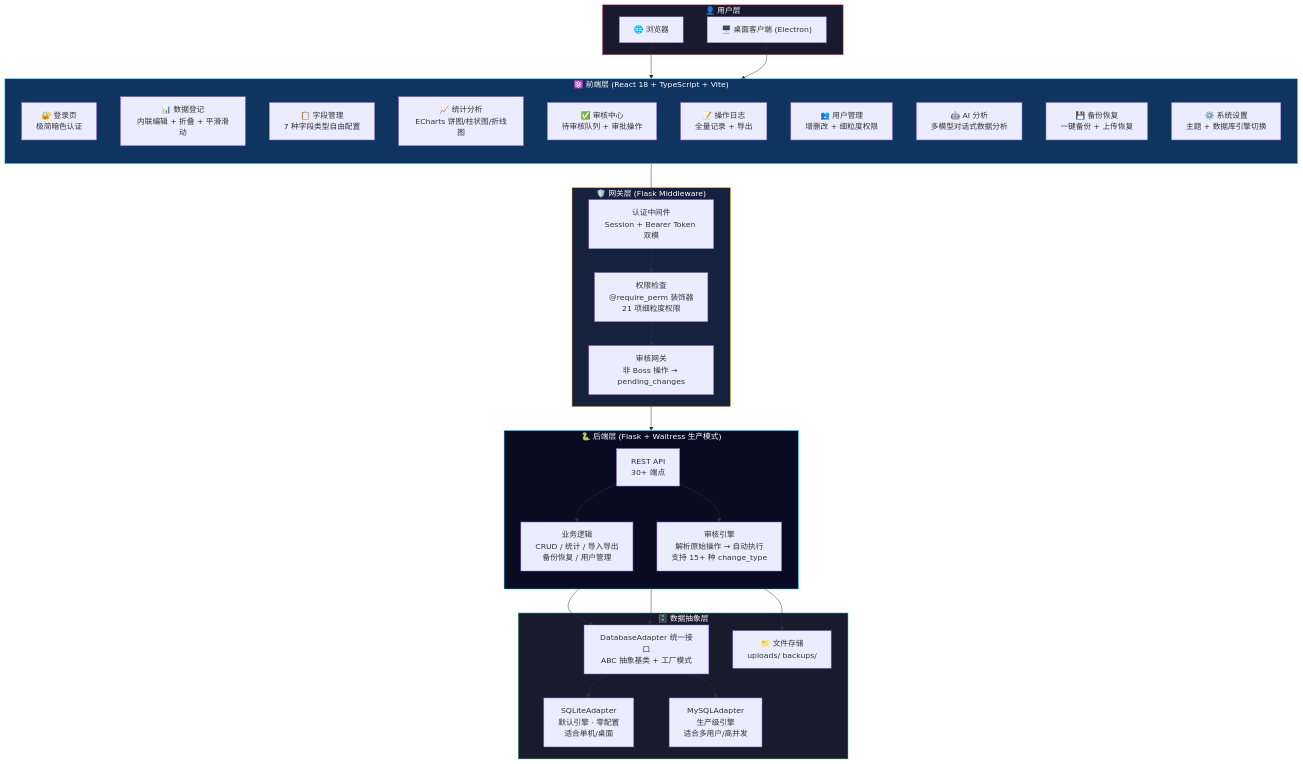
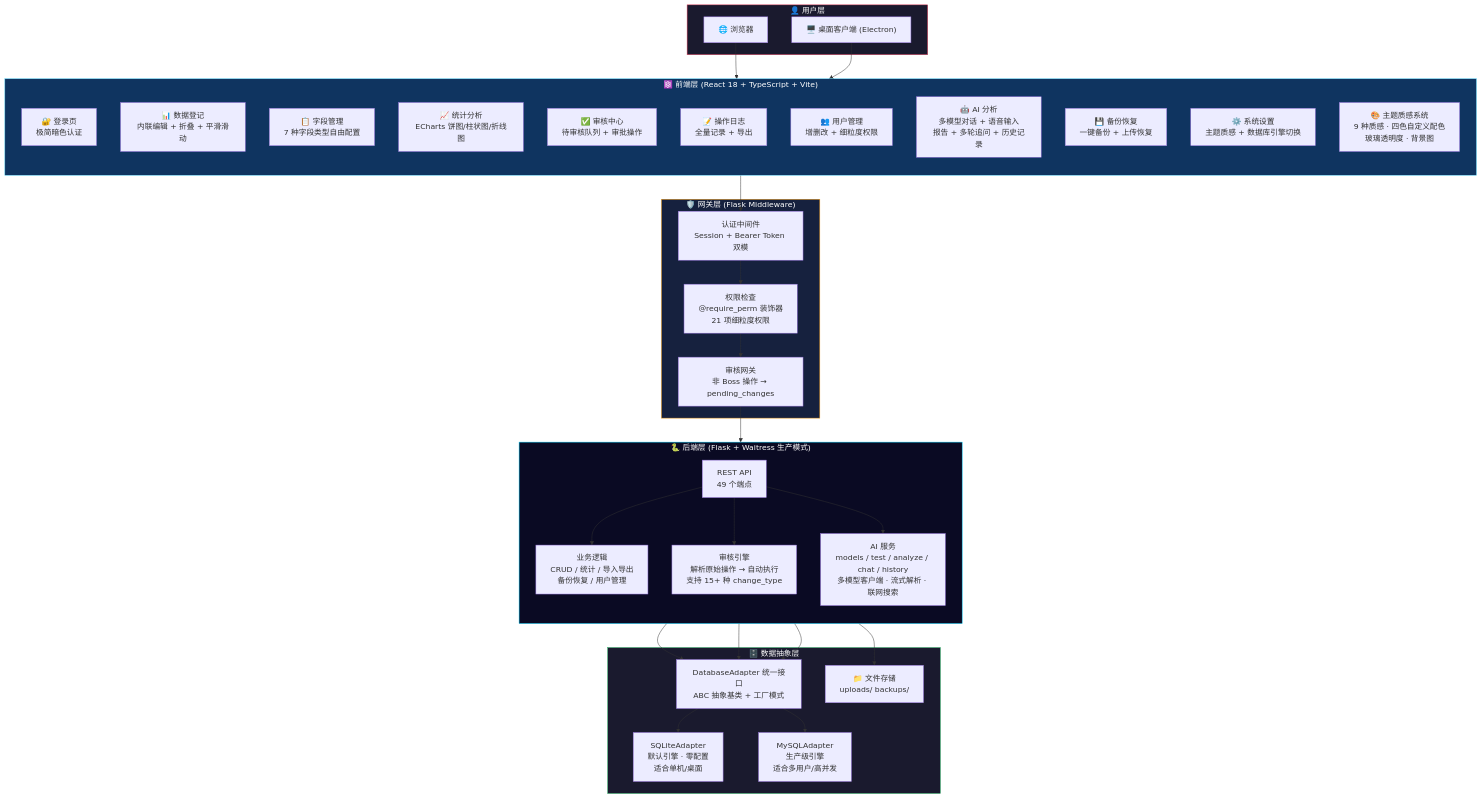
One commit to jincheng3870682453-hash/shujuku changed the first of 8 diagrams in README.md. Above: the diagram before and after it, drawn with Mermaid. The commit also changed other lines of this file and 7 other files, not shown here.

````diff
--- a/README.md
+++ b/README.md
@@ -64,61 +65,65 @@
 ```mermaid
 graph TB
     subgraph UserLayer["👤 用户层"]
         Browser["🌐 浏览器"]
         Desktop["🖥️ 桌面客户端 (Electron)"]
     end
 
     subgraph FrontendLayer["⚛️ 前端层 (React 18 + TypeScript + Vite)"]
         direction TB
         Login["🔐 登录页<br/>极简暗色认证"]
         DataTable["📊 数据登记<br/>内联编辑 + 折叠 + 平滑滑动"]
         Columns["📋 字段管理<br/>7 种字段类型自由配置"]
         Stats["📈 统计分析<br/>ECharts 饼图/柱状图/折线图"]
         Audit["✅ 审核中心<br/>待审核队列 + 审批操作"]
         Logs["📝 操作日志<br/>全量记录 + 导出"]
         Users["👥 用户管理<br/>增删改 + 细粒度权限"]
-        AIAnalysis["🤖 AI 分析<br/>多模型对话式数据分析"]
+        AIAnalysis["🤖 AI 分析<br/>多模型对话 + 语音输入<br/>报告 + 多轮追问 + 历史记录"]
         Backup["💾 备份恢复<br/>一键备份 + 上传恢复"]
-        Settings["⚙️ 系统设置<br/>主题 + 数据库引擎切换"]
+        Settings["⚙️ 系统设置<br/>主题质感 + 数据库引擎切换"]
+        ThemeSys["🎨 主题质感系统<br/>9 种质感 · 四色自定义配色<br/>玻璃透明度 · 背景图"]
     end
 
     subgraph GatewayLayer["🛡️ 网关层 (Flask Middleware)"]
         Auth["认证中间件<br/>Session + Bearer Token 双模"]
         PermCheck["权限检查<br/>@require_perm 装饰器<br/>21 项细粒度权限"]
         AuditGate["审核网关<br/>非 Boss 操作 → pending_changes"]
     end
 
     subgraph BackendLayer["🐍 后端层 (Flask + Waitress 生产模式)"]
         direction TB
-        API["REST API<br/>30+ 端点"]
+        API["REST API<br/>49 个端点"]
         BizLogic["业务逻辑<br/>CRUD / 统计 / 导入导出<br/>备份恢复 / 用户管理"]
         AuditEngine["审核引擎<br/>解析原始操作 → 自动执行<br/>支持 15+ 种 change_type"]
+        AIService["AI 服务<br/>models / test / analyze / chat / history<br/>多模型客户端 · 流式解析 · 联网搜索"]
     end
 
     subgraph DataLayer["🗄️ 数据抽象层"]
         Adapter["DatabaseAdapter 统一接口<br/>ABC 抽象基类 + 工厂模式"]
         SQLite["SQLiteAdapter<br/>默认引擎 · 零配置<br/>适合单机/桌面"]
         MySQL["MySQLAdapter<br/>生产级引擎<br/>适合多用户/高并发"]
         FileStore["📁 文件存储<br/>uploads/ backups/"]
     end
 
     Browser --> Login
     Desktop --> Login
     Login --> Auth
     Auth --> PermCheck
     PermCheck --> AuditGate
     AuditGate --> API
     API --> BizLogic
     API --> AuditEngine
+    API --> AIService
     BizLogic --> Adapter
     AuditEngine --> Adapter
+    AIService --> Adapter
     Adapter --> SQLite
     Adapter --> MySQL
     BizLogic --> FileStore
 
     style UserLayer fill:#1a1a2e,stroke:#e94560,color:#fff
     style FrontendLayer fill:#0f3460,stroke:#61dafb,color:#fff
     style GatewayLayer fill:#16213e,stroke:#f39c12,color:#fff
     style BackendLayer fill:#0a0a23,stroke:#00d2ff,color:#fff
     style DataLayer fill:#1a1a2e,stroke:#27ae60,color:#fff
 ```
````
